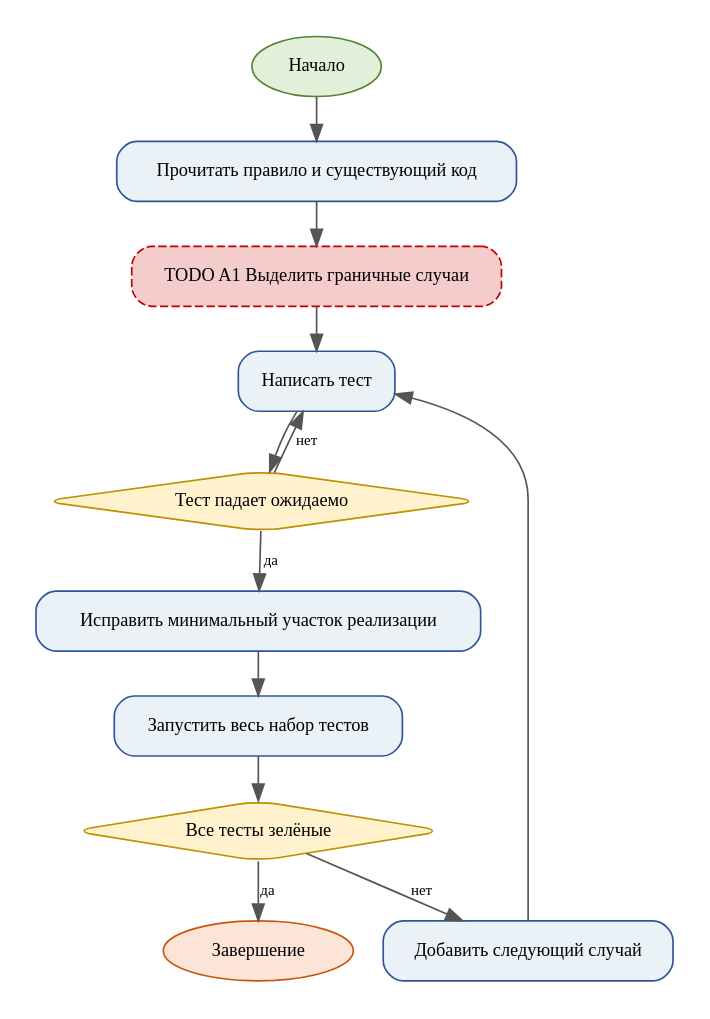
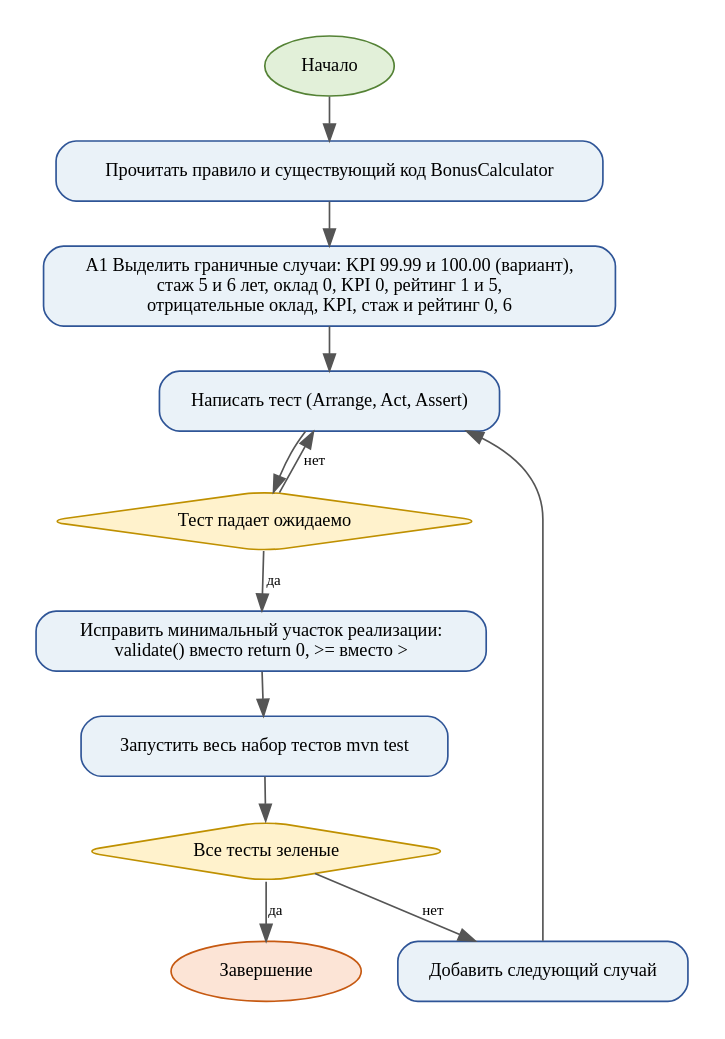
The diagram in diagrams/activity.dot (svpeditor/pr14-klimashevskiy-da), drawn with Graphviz before and after one commit. The commit also changed 3 other files, not shown here.

Commit message:
Итоговые activity-диаграмма и диаграмма классов

```diff
--- a/diagrams/activity.dot
+++ b/diagrams/activity.dot
@@ -1,26 +1,26 @@
 digraph G {
-graph [rankdir=TB, bgcolor="white", pad=0.2, nodesep=0.25, ranksep=0.35];
+graph [rankdir=TB, bgcolor="white", pad=0.2, nodesep=0.3, ranksep=0.35];
 node [shape=box, style="rounded,filled", fontname="Times New Roman", fontsize=11, color="#2F5597", fillcolor="#EAF2F8", margin="0.12,0.08"];
 edge [fontname="Times New Roman", fontsize=9, color="#555555"];
 start [label="Начало", shape=oval, fillcolor="#E2F0D9", color="#548235"];
 end [label="Завершение", shape=oval, fillcolor="#FCE4D6", color="#C65911"];
-n1 [label="Прочитать правило и существующий код" ];
-n2 [label="TODO A1 Выделить граничные случаи" ,fillcolor="#F4CCCC",color="#C00000",style="rounded,dashed,filled"];
-n3 [label="Написать тест" ];
+n1 [label="Прочитать правило и существующий код BonusCalculator"];
+n2 [label="A1 Выделить граничные случаи: KPI 99.99 и 100.00 (вариант),\nстаж 5 и 6 лет, оклад 0, KPI 0, рейтинг 1 и 5,\nотрицательные оклад, KPI, стаж и рейтинг 0, 6"];
+n3 [label="Написать тест (Arrange, Act, Assert)"];
 n4 [label="Тест падает ожидаемо" ,shape=diamond,fillcolor="#FFF2CC",color="#BF9000"];
-n5 [label="Исправить минимальный участок реализации" ];
-n6 [label="Запустить весь набор тестов" ];
-n7 [label="Все тесты зелёные" ,shape=diamond,fillcolor="#FFF2CC",color="#BF9000"];
-n8 [label="Добавить следующий случай" ];
+n5 [label="Исправить минимальный участок реализации:\nvalidate() вместо return 0, >= вместо >"];
+n6 [label="Запустить весь набор тестов mvn test"];
+n7 [label="Все тесты зеленые" ,shape=diamond,fillcolor="#FFF2CC",color="#BF9000"];
+n8 [label="Добавить следующий случай"];
 start -> n1;
 n1 -> n2;
 n2 -> n3;
 n3 -> n4;
 n4 -> n5 [label="да"];
 n4 -> n3 [label="нет"];
 n5 -> n6;
 n6 -> n7;
 n7 -> end [label="да"];
 n7 -> n8 [label="нет"];
 n8 -> n3;
 }
```
